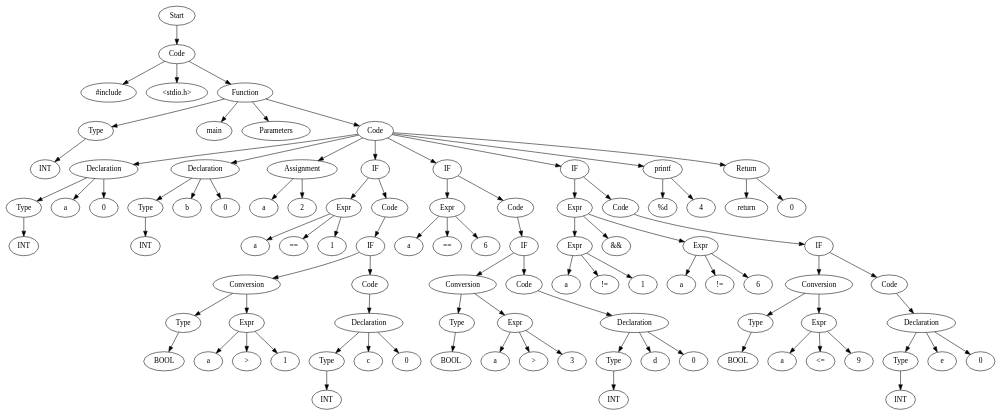
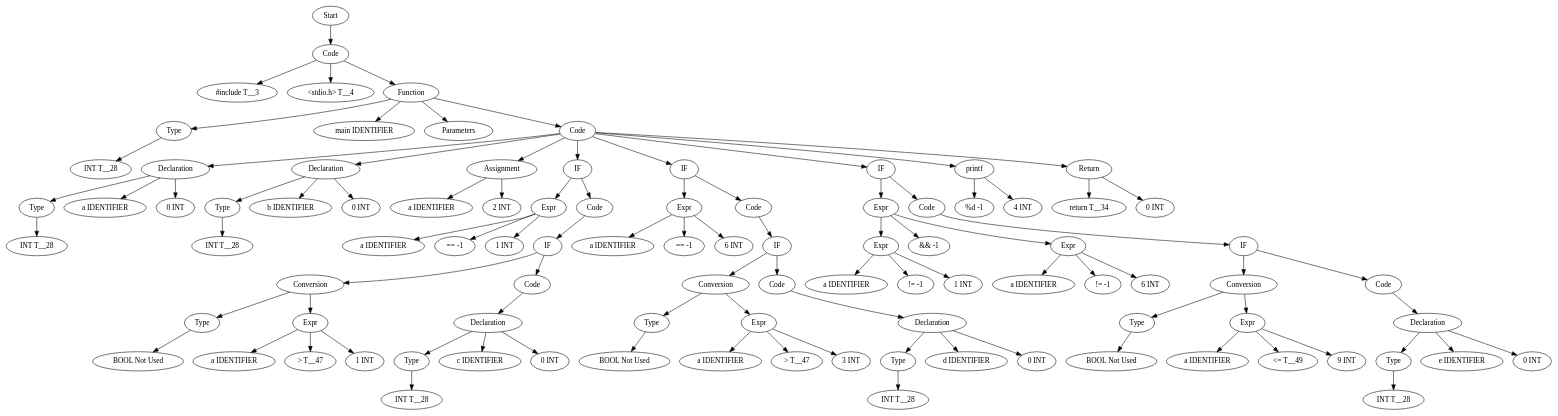
One commit to Are-you-listening/Compilers changed the diagram in TestCases/ASTTests/SwitchTests/CreateTests/read_file_after.dot. Above: the diagram before and after it, drawn with Graphviz. The commit also changed 50 other files, not shown here.

```diff
--- a/TestCases/ASTTests/SwitchTests/CreateTests/read_file_after.dot
+++ b/TestCases/ASTTests/SwitchTests/CreateTests/read_file_after.dot
@@ -1,191 +1,191 @@
 digraph AST {
-  "129830213922160" [label="Start"];
-  "129830213922160" -> "129830214017200";
-  "129830214017200" [label="Code"];
-  "129830214017200" -> "129830214020224";
-  "129830214017200" -> "129830214017536";
-  "129830214017200" -> "129830214022432";
-  "129830214020224" [label="#include"];
-  "129830214017536" [label="<stdio.h>"];
-  "129830214022432" [label="Function"];
-  "129830214022432" -> "129830214020320";
-  "129830214022432" -> "129830214022144";
-  "129830214022432" -> "129830214022480";
-  "129830214022432" -> "129830214011296";
-  "129830214020320" [label="Type"];
-  "129830214020320" -> "129830214020992";
-  "129830214020992" [label="INT"];
-  "129830214022144" [label="main"];
-  "129830214022480" [label="Parameters"];
-  "129830214011296" [label="Code"];
-  "129830214011296" -> "129830214009616";
-  "129830214011296" -> "129830214009328";
-  "129830214011296" -> "129830214018016";
-  "129830214011296" -> "129830214013888";
-  "129830214011296" -> "129830214016432";
-  "129830214011296" -> "129830214016912";
-  "129830214011296" -> "129830214014128";
-  "129830214011296" -> "129830212256384";
-  "129830214009616" [label="Declaration"];
-  "129830214009616" -> "129830214014656";
-  "129830214009616" -> "129830214023152";
-  "129830214009616" -> "129830214013744";
-  "129830214014656" [label="Type"];
-  "129830214014656" -> "129830214020080";
-  "129830214020080" [label="INT"];
-  "129830214023152" [label="a"];
-  "129830214013744" [label="0"];
-  "129830214009328" [label="Declaration"];
-  "129830214009328" -> "129830214017488";
-  "129830214009328" -> "129830214019024";
-  "129830214009328" -> "129830214023104";
-  "129830214017488" [label="Type"];
-  "129830214017488" -> "129830214020560";
-  "129830214020560" [label="INT"];
-  "129830214019024" [label="b"];
-  "129830214023104" [label="0"];
-  "129830214018016" [label="Assignment"];
-  "129830214018016" -> "129830214009472";
-  "129830214018016" -> "129830214022576";
-  "129830214009472" [label="a"];
-  "129830214022576" [label="2"];
-  "129830214013888" [label="IF"];
-  "129830214013888" -> "129830214022912";
-  "129830214013888" -> "129830214019504";
-  "129830214022912" [label="Expr"];
-  "129830214022912" -> "129830214019840";
-  "129830214022912" -> "129830214021040";
-  "129830214022912" -> "129830214020848";
-  "129830214019840" [label="a"];
-  "129830214021040" [label="=="];
-  "129830214020848" [label="1"];
-  "129830214019504" [label="Code"];
-  "129830214019504" -> "129830214019984";
-  "129830214019984" [label="IF"];
-  "129830214019984" -> "129830214016384";
-  "129830214019984" -> "129830214022000";
-  "129830214016384" [label="Conversion"];
-  "129830214016384" -> "129830214023536";
-  "129830214016384" -> "129830214018160";
-  "129830214023536" [label="Type"];
-  "129830214023536" -> "129830214019936";
-  "129830214019936" [label="BOOL"];
-  "129830214018160" [label="Expr"];
-  "129830214018160" -> "129830214023488";
-  "129830214018160" -> "129830214021424";
-  "129830214018160" -> "129830214021376";
-  "129830214023488" [label="a"];
-  "129830214021424" [label=">"];
-  "129830214021376" [label="1"];
-  "129830214022000" [label="Code"];
-  "129830214022000" -> "129830214011680";
-  "129830214011680" [label="Declaration"];
-  "129830214011680" -> "129830214019792";
-  "129830214011680" -> "129830214012640";
-  "129830214011680" -> "129830214019264";
-  "129830214019792" [label="Type"];
-  "129830214019792" -> "129830214014176";
-  "129830214014176" [label="INT"];
-  "129830214012640" [label="c"];
-  "129830214019264" [label="0"];
-  "129830214016432" [label="IF"];
-  "129830214016432" -> "129830214009232";
-  "129830214016432" -> "129830214014272";
-  "129830214009232" [label="Expr"];
-  "129830214009232" -> "129830214019360";
-  "129830214009232" -> "129830214019120";
-  "129830214009232" -> "129830214022336";
-  "129830214019360" [label="a"];
-  "129830214019120" [label="=="];
-  "129830214022336" [label="6"];
-  "129830214014272" [label="Code"];
-  "129830214014272" -> "129830214012064";
-  "129830214012064" [label="IF"];
-  "129830214012064" -> "129830214021760";
-  "129830214012064" -> "129830214016096";
-  "129830214021760" [label="Conversion"];
-  "129830214021760" -> "129830214018592";
-  "129830214021760" -> "129830214009376";
-  "129830214018592" [label="Type"];
-  "129830214018592" -> "129830214016000";
-  "129830214016000" [label="BOOL"];
-  "129830214009376" [label="Expr"];
-  "129830214009376" -> "129830214017440";
-  "129830214009376" -> "129830214017152";
-  "129830214009376" -> "129830212255808";
-  "129830214017440" [label="a"];
-  "129830214017152" [label=">"];
-  "129830212255808" [label="3"];
-  "129830214016096" [label="Code"];
-  "129830214016096" -> "129830212255856";
-  "129830212255856" [label="Declaration"];
-  "129830212255856" -> "129830212255952";
-  "129830212255856" -> "129830212256000";
-  "129830212255856" -> "129830212256096";
-  "129830212255952" [label="Type"];
-  "129830212255952" -> "129830212256048";
-  "129830212256048" [label="INT"];
-  "129830212256000" [label="d"];
-  "129830212256096" [label="0"];
-  "129830214016912" [label="IF"];
-  "129830214016912" -> "129830214022288";
-  "129830214016912" -> "129830214017392";
-  "129830214022288" [label="Expr"];
-  "129830214022288" -> "129830212255904";
-  "129830214022288" -> "129830212256144";
-  "129830214022288" -> "129830212256336";
-  "129830212255904" [label="Expr"];
-  "129830212255904" -> "129830212256192";
-  "129830212255904" -> "129830212256240";
-  "129830212255904" -> "129830212256288";
-  "129830212256192" [label="a"];
-  "129830212256240" [label="!="];
-  "129830212256288" [label="1"];
-  "129830212256144" [label="&&"];
-  "129830212256336" [label="Expr"];
-  "129830212256336" -> "129830212256432";
-  "129830212256336" -> "129830212256480";
-  "129830212256336" -> "129830212256528";
-  "129830212256432" [label="a"];
-  "129830212256480" [label="!="];
-  "129830212256528" [label="6"];
-  "129830214017392" [label="Code"];
-  "129830214017392" -> "129830212256576";
-  "129830212256576" [label="IF"];
-  "129830212256576" -> "129830212256672";
-  "129830212256576" -> "129830212256720";
-  "129830212256672" [label="Conversion"];
-  "129830212256672" -> "129830212256768";
-  "129830212256672" -> "129830212256816";
-  "129830212256768" [label="Type"];
-  "129830212256768" -> "129830212256864";
-  "129830212256864" [label="BOOL"];
-  "129830212256816" [label="Expr"];
-  "129830212256816" -> "129830212256960";
-  "129830212256816" -> "129830212257008";
-  "129830212256816" -> "129830212257056";
-  "129830212256960" [label="a"];
-  "129830212257008" [label="<="];
-  "129830212257056" [label="9"];
-  "129830212256720" [label="Code"];
-  "129830212256720" -> "129830212257104";
-  "129830212257104" [label="Declaration"];
-  "129830212257104" -> "129830212257200";
-  "129830212257104" -> "129830212257248";
-  "129830212257104" -> "129830212257344";
-  "129830212257200" [label="Type"];
-  "129830212257200" -> "129830212257296";
-  "129830212257296" [label="INT"];
-  "129830212257248" [label="e"];
-  "129830212257344" [label="0"];
-  "129830214014128" [label="printf"];
-  "129830214014128" -> "129830212256624";
-  "129830214014128" -> "129830212256912";
-  "129830212256624" [label="%d"];
-  "129830212256912" [label="4"];
-  "129830212256384" [label="Return"];
-  "129830212256384" -> "129830212257392";
-  "129830212256384" -> "129830212257440";
-  "129830212257392" [label="return"];
-  "129830212257440" [label="0"];
+  "136192601009136" [label="Start"];
+  "136192601009136" -> "136192601008512";
+  "136192601008512" [label="Code"];
+  "136192601008512" -> "136192600999632";
+  "136192601008512" -> "136192601012880";
+  "136192601008512" -> "136192601012352";
+  "136192600999632" [label="#include T__3"];
+  "136192601012880" [label="<stdio.h> T__4"];
+  "136192601012352" [label="Function"];
+  "136192601012352" -> "136192601009232";
+  "136192601012352" -> "136192601011824";
+  "136192601012352" -> "136192601013840";
+  "136192601012352" -> "136192601009184";
+  "136192601009232" [label="Type"];
+  "136192601009232" -> "136192601010288";
+  "136192601010288" [label="INT T__28"];
+  "136192601011824" [label="main IDENTIFIER"];
+  "136192601013840" [label="Parameters"];
+  "136192601009184" [label="Code"];
+  "136192601009184" -> "136192599082704";
+  "136192601009184" -> "136192599087648";
+  "136192601009184" -> "136192599085920";
+  "136192601009184" -> "136192599083184";
+  "136192601009184" -> "136192599083952";
+  "136192601009184" -> "136192599081648";
+  "136192601009184" -> "136192599091104";
+  "136192601009184" -> "136192599091584";
+  "136192599082704" [label="Declaration"];
+  "136192599082704" -> "136192599084048";
+  "136192599082704" -> "136192599084912";
+  "136192599082704" -> "136192599085248";
+  "136192599084048" [label="Type"];
+  "136192599084048" -> "136192599084240";
+  "136192599084240" [label="INT T__28"];
+  "136192599084912" [label="a IDENTIFIER"];
+  "136192599085248" [label="0 INT"];
+  "136192599087648" [label="Declaration"];
+  "136192599087648" -> "136192599082368";
+  "136192599087648" -> "136192599082416";
+  "136192599087648" -> "136192599083472";
+  "136192599082368" [label="Type"];
+  "136192599082368" -> "136192599082992";
+  "136192599082992" [label="INT T__28"];
+  "136192599082416" [label="b IDENTIFIER"];
+  "136192599083472" [label="0 INT"];
+  "136192599085920" [label="Assignment"];
+  "136192599085920" -> "136192599085008";
+  "136192599085920" -> "136192599082944";
+  "136192599085008" [label="a IDENTIFIER"];
+  "136192599082944" [label="2 INT"];
+  "136192599083184" [label="IF"];
+  "136192599083184" -> "136192599084768";
+  "136192599083184" -> "136192599090096";
+  "136192599084768" [label="Expr"];
+  "136192599084768" -> "136192599083424";
+  "136192599084768" -> "136192599085968";
+  "136192599084768" -> "136192599081696";
+  "136192599083424" [label="a IDENTIFIER"];
+  "136192599085968" [label="== -1"];
+  "136192599081696" [label="1 INT"];
+  "136192599090096" [label="Code"];
+  "136192599090096" -> "136192599083712";
+  "136192599083712" [label="IF"];
+  "136192599083712" -> "136192599084720";
+  "136192599083712" -> "136192599082656";
+  "136192599084720" [label="Conversion"];
+  "136192599084720" -> "136192599085728";
+  "136192599084720" -> "136192599090288";
+  "136192599085728" [label="Type"];
+  "136192599085728" -> "136192599084672";
+  "136192599084672" [label="BOOL Not Used"];
+  "136192599090288" [label="Expr"];
+  "136192599090288" -> "136192599083040";
+  "136192599090288" -> "136192599087744";
+  "136192599090288" -> "136192599088080";
+  "136192599083040" [label="a IDENTIFIER"];
+  "136192599087744" [label="> T__47"];
+  "136192599088080" [label="1 INT"];
+  "136192599082656" [label="Code"];
+  "136192599082656" -> "136192599087792";
+  "136192599087792" [label="Declaration"];
+  "136192599087792" -> "136192599091344";
+  "136192599087792" -> "136192599091296";
+  "136192599087792" -> "136192599086976";
+  "136192599091344" [label="Type"];
+  "136192599091344" -> "136192599091248";
+  "136192599091248" [label="INT T__28"];
+  "136192599091296" [label="c IDENTIFIER"];
+  "136192599086976" [label="0 INT"];
+  "136192599083952" [label="IF"];
+  "136192599083952" -> "136192599083616";
+  "136192599083952" -> "136192599084624";
+  "136192599083616" [label="Expr"];
+  "136192599083616" -> "136192599087312";
+  "136192599083616" -> "136192599087216";
+  "136192599083616" -> "136192599087168";
+  "136192599087312" [label="a IDENTIFIER"];
+  "136192599087216" [label="== -1"];
+  "136192599087168" [label="6 INT"];
+  "136192599084624" [label="Code"];
+  "136192599084624" -> "136192599091200";
+  "136192599091200" [label="IF"];
+  "136192599091200" -> "136192599086928";
+  "136192599091200" -> "136192599091152";
+  "136192599086928" [label="Conversion"];
+  "136192599086928" -> "136192599088752";
+  "136192599086928" -> "136192599088560";
+  "136192599088752" [label="Type"];
+  "136192599088752" -> "136192599087264";
+  "136192599087264" [label="BOOL Not Used"];
+  "136192599088560" [label="Expr"];
+  "136192599088560" -> "136192599090816";
+  "136192599088560" -> "136192599081072";
+  "136192599088560" -> "136192599086400";
+  "136192599090816" [label="a IDENTIFIER"];
+  "136192599081072" [label="> T__47"];
+  "136192599086400" [label="3 INT"];
+  "136192599091152" [label="Code"];
+  "136192599091152" -> "136192599088224";
+  "136192599088224" [label="Declaration"];
+  "136192599088224" -> "136192599089376";
+  "136192599088224" -> "136192599086880";
+  "136192599088224" -> "136192599087120";
+  "136192599089376" [label="Type"];
+  "136192599089376" -> "136192599089280";
+  "136192599089280" [label="INT T__28"];
+  "136192599086880" [label="d IDENTIFIER"];
+  "136192599087120" [label="0 INT"];
+  "136192599081648" [label="IF"];
+  "136192599081648" -> "136192599088512";
+  "136192599081648" -> "136192599088608";
+  "136192599088512" [label="Expr"];
+  "136192599088512" -> "136192599089184";
+  "136192599088512" -> "136192599091824";
+  "136192599088512" -> "136192599091632";
+  "136192599089184" [label="Expr"];
+  "136192599089184" -> "136192599091776";
+  "136192599089184" -> "136192599091728";
+  "136192599089184" -> "136192599091680";
+  "136192599091776" [label="a IDENTIFIER"];
+  "136192599091728" [label="!= -1"];
+  "136192599091680" [label="1 INT"];
+  "136192599091824" [label="&& -1"];
+  "136192599091632" [label="Expr"];
+  "136192599091632" -> "136192599091440";
+  "136192599091632" -> "136192599091536";
+  "136192599091632" -> "136192599087360";
+  "136192599091440" [label="a IDENTIFIER"];
+  "136192599091536" [label="!= -1"];
+  "136192599087360" [label="6 INT"];
+  "136192599088608" [label="Code"];
+  "136192599088608" -> "136192599091488";
+  "136192599091488" [label="IF"];
+  "136192599091488" -> "136192599091392";
+  "136192599091488" -> "136192599086592";
+  "136192599091392" [label="Conversion"];
+  "136192599091392" -> "136192599086784";
+  "136192599091392" -> "136192599086640";
+  "136192599086784" [label="Type"];
+  "136192599086784" -> "136192599086832";
+  "136192599086832" [label="BOOL Not Used"];
+  "136192599086640" [label="Expr"];
+  "136192599086640" -> "136192599087840";
+  "136192599086640" -> "136192599088272";
+  "136192599086640" -> "136192599088368";
+  "136192599087840" [label="a IDENTIFIER"];
+  "136192599088272" [label="<= T__49"];
+  "136192599088368" [label="9 INT"];
+  "136192599086592" [label="Code"];
+  "136192599086592" -> "136192599081216";
+  "136192599081216" [label="Declaration"];
+  "136192599081216" -> "136192599081264";
+  "136192599081216" -> "136192599089328";
+  "136192599081216" -> "136192599089088";
+  "136192599081264" [label="Type"];
+  "136192599081264" -> "136192599081360";
+  "136192599081360" [label="INT T__28"];
+  "136192599089328" [label="e IDENTIFIER"];
+  "136192599089088" [label="0 INT"];
+  "136192599091104" [label="printf"];
+  "136192599091104" -> "136192599088128";
+  "136192599091104" -> "136192599088416";
+  "136192599088128" [label="%d -1"];
+  "136192599088416" [label="4 INT"];
+  "136192599091584" [label="Return"];
+  "136192599091584" -> "136192599088176";
+  "136192599091584" -> "136192599089136";
+  "136192599088176" [label="return T__34"];
+  "136192599089136" [label="0 INT"];
 }
```
